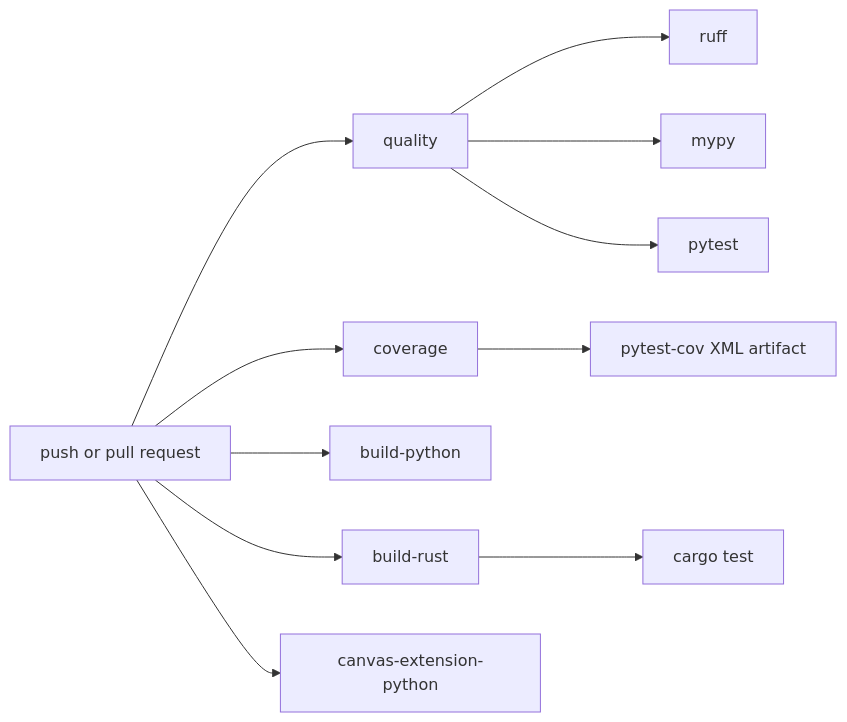
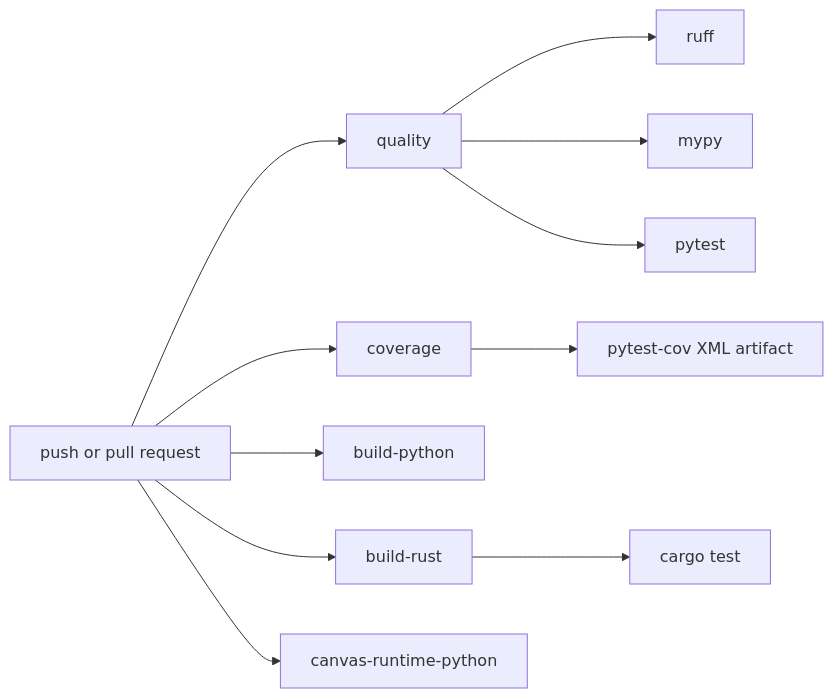
The diagram in docs/contribute/testing.md (JonathanHHenson/gummy_snake), drawn with Mermaid before and after one commit. The commit also changed other lines of this file and 52 other files, not shown here.

````diff
--- a/docs/contribute/testing.md
+++ b/docs/contribute/testing.md
@@ -141,14 +141,14 @@
 ```mermaid
 flowchart LR
     Push[push or pull request] --> Quality[quality]
     Push --> Coverage[coverage]
     Push --> BuildPython[build-python]
     Push --> BuildRust[build-rust]
-    Push --> Canvas[canvas-extension-python]
+    Push --> Canvas[canvas-runtime-python]
 
     Quality --> Lint[ruff]
     Quality --> Types[mypy]
     Quality --> Tests[pytest]
     Coverage --> Cov[pytest-cov XML artifact]
     BuildRust --> Cargo[cargo test]
 ```
````
